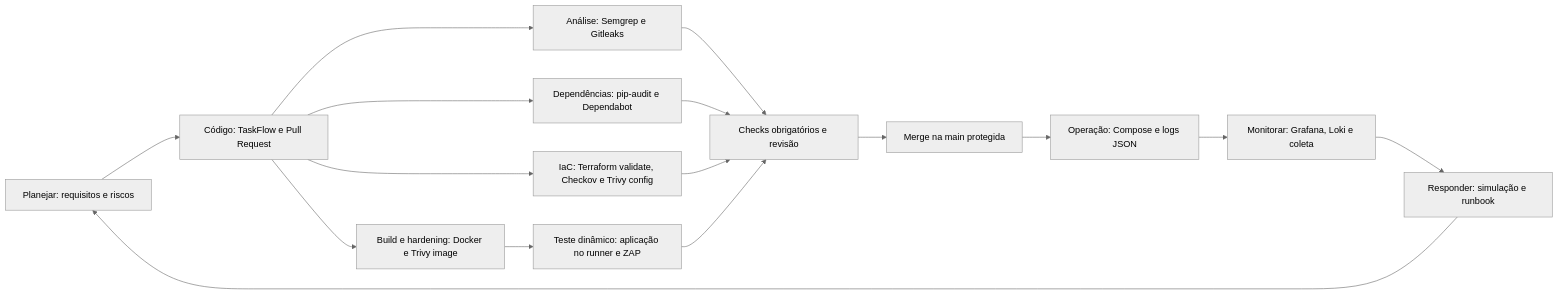
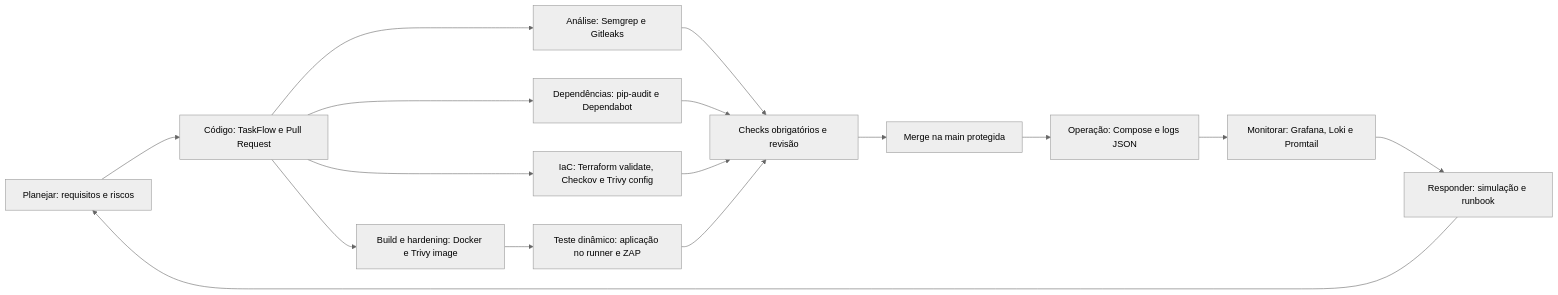
The first of 5 diagrams in README.md (pauloed94/taskflow-fase-e), drawn with Mermaid (neutral theme) before and after one commit. The commit also changed other lines of this file, not shown here.

````diff
--- a/README.md
+++ b/README.md
@@ -9,18 +15,18 @@
 ```mermaid
 flowchart LR
-    P[Planejar: requisitos e riscos] --> C[Código: TaskFlow e Pull Request]
-    C --> S[Análise: Semgrep e Gitleaks]
-    C --> D[Dependências: pip-audit e Dependabot]
-    C --> B[Build e hardening: Docker e Trivy image]
-    C --> I[IaC: Terraform validate, Checkov e Trivy config]
-    B --> T[Teste dinâmico: aplicação no runner e ZAP]
-    S --> G[Checks obrigatórios e revisão]
+    P["Planejar: requisitos e riscos"] --> C["Código: TaskFlow e Pull Request"]
+    C --> S["Análise: Semgrep e Gitleaks"]
+    C --> D["Dependências: pip-audit e Dependabot"]
+    C --> B["Build e hardening: Docker e Trivy image"]
+    C --> I["IaC: Terraform validate, Checkov e Trivy config"]
+    B --> T["Teste dinâmico: aplicação no runner e ZAP"]
+    S --> G["Checks obrigatórios e revisão"]
     D --> G
     I --> G
     T --> G
-    G --> M[Merge na main protegida]
-    M --> O[Operação: Compose e logs JSON]
-    O --> L[Monitorar: Grafana, Loki e coleta]
-    L --> R[Responder: simulação e runbook]
+    G --> M["Merge na main protegida"]
+    M --> O["Operação: Compose e logs JSON"]
+    O --> L["Monitorar: Grafana, Loki e Promtail"]
+    L --> R["Responder: simulação e runbook"]
     R --> P
 ```
````
